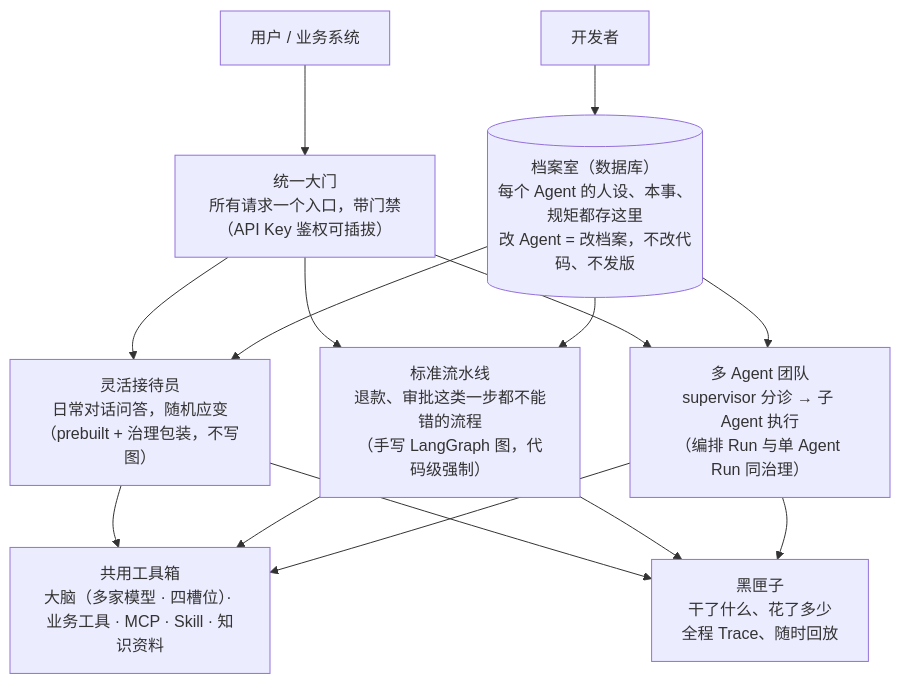
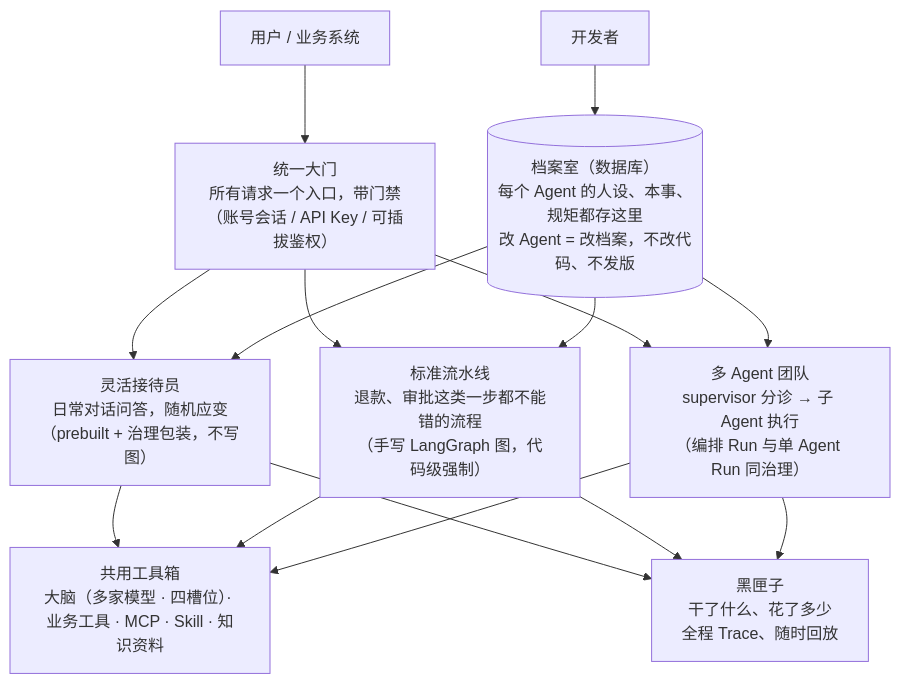
Before and after one commit to lozsh/LuBan: the first of 3 diagrams in website/manual/architecture.md, drawn with Mermaid. The commit also changed 90 other files, not shown here.

````diff
--- a/website/manual/architecture.md
+++ b/website/manual/architecture.md
@@ -7,17 +7,17 @@
 ```mermaid
 flowchart TB
-    U["用户 / 业务系统"] --> IN["统一大门<br/>所有请求一个入口，带门禁（API Key 鉴权可插拔）"]
+    U["用户 / 业务系统"] --> IN["统一大门<br/>所有请求一个入口，带门禁（账号会话 / API Key / 可插拔鉴权）"]
     DEV["开发者"] --> DB[("档案室（数据库）<br/>每个 Agent 的人设、本事、规矩都存这里<br/>改 Agent = 改档案，不改代码、不发版")]
     IN --> A["灵活接待员<br/>日常对话问答，随机应变<br/>（prebuilt + 治理包装，不写图）"]
     IN --> B["标准流水线<br/>退款、审批这类一步都不能错的流程<br/>（手写 LangGraph 图，代码级强制）"]
     IN --> T["多 Agent 团队<br/>supervisor 分诊 → 子 Agent 执行<br/>（编排 Run 与单 Agent Run 同治理）"]
     DB --> A
     DB --> B
     DB --> T
     A --> BOX["共用工具箱<br/>大脑（多家模型 · 四槽位）· 业务工具 · MCP · Skill · 知识资料"]
     B --> BOX
     T --> BOX
     A --> LOG["黑匣子<br/>干了什么、花了多少<br/>全程 Trace、随时回放"]
     B --> LOG
     T --> LOG
 ```
````
